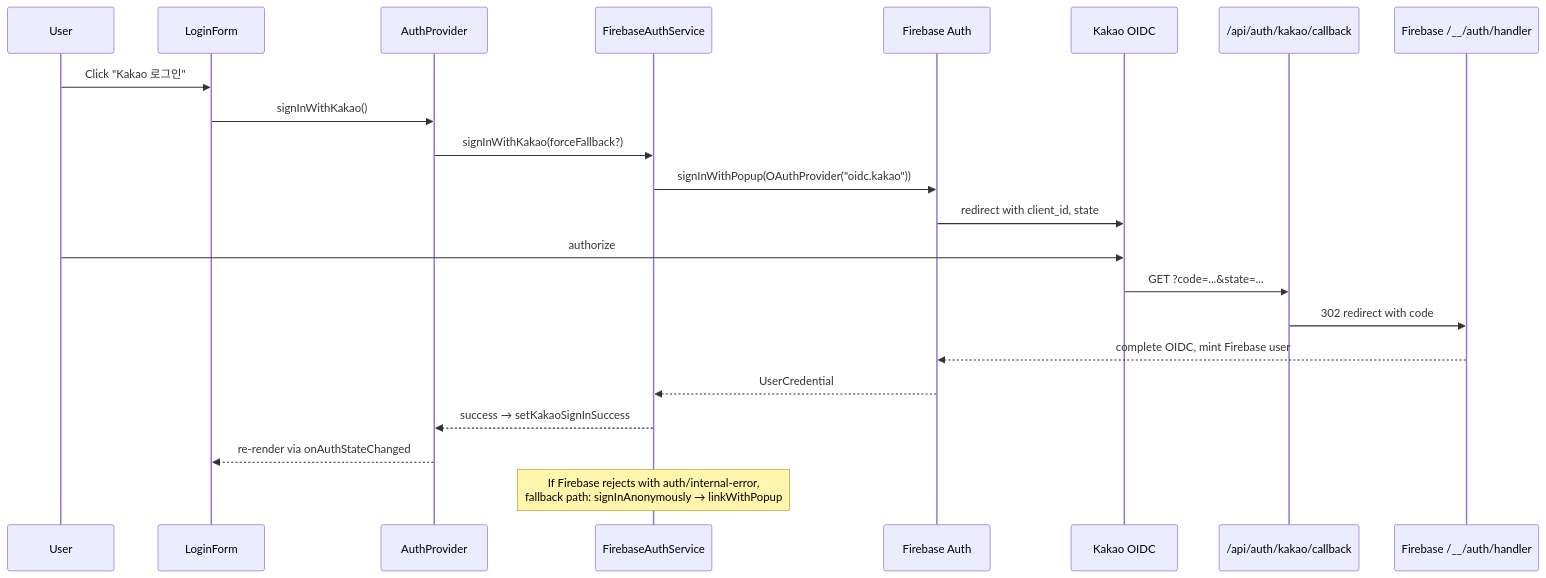
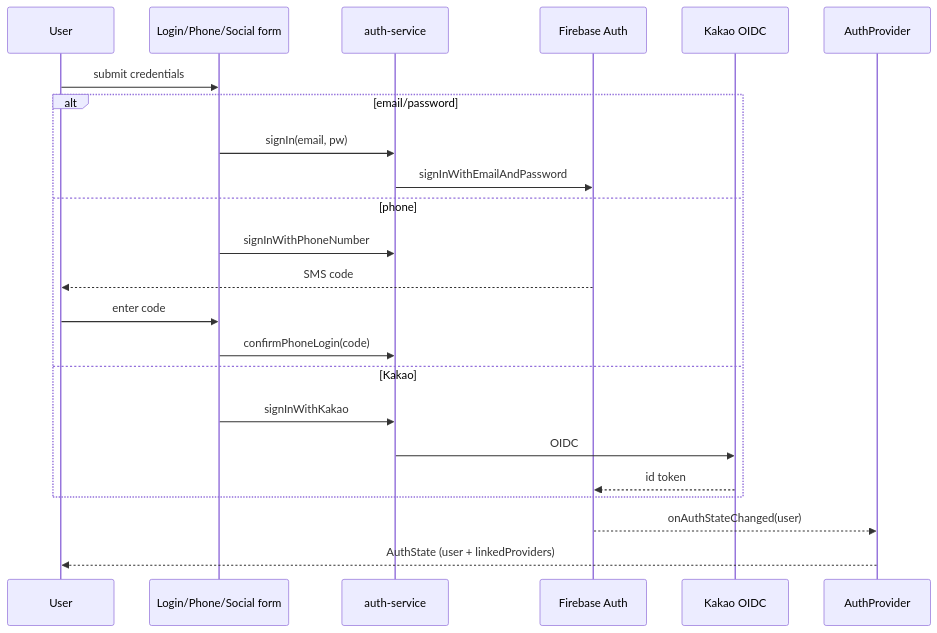
Before and after one commit to wwolfyy/mohocat: the first of 3 diagrams in docs/codebase/authentication.md, drawn with Mermaid. The commit also changed other lines of this file and 12 other files, not shown here.

````diff
--- a/docs/codebase/authentication.md
+++ b/docs/codebase/authentication.md
@@ -38,26 +35,26 @@
 ```mermaid
 sequenceDiagram
-    participant User
-    participant LoginForm
-    participant AuthCtx as AuthProvider
-    participant AuthSvc as FirebaseAuthService
-    participant FbAuth as Firebase Auth
+    participant U as User
+    participant Form as Login/Phone/Social form
+    participant Svc as auth-service
+    participant FB as Firebase Auth
     participant Kakao as Kakao OIDC
-    participant CallbackAPI as /api/auth/kakao/callback
-    participant FbHandler as Firebase /__/auth/handler
+    participant Ctx as AuthProvider
 
-    User->>LoginForm: Click "Kakao 로그인"
-    LoginForm->>AuthCtx: signInWithKakao()
-    AuthCtx->>AuthSvc: signInWithKakao(forceFallback?)
-    AuthSvc->>FbAuth: signInWithPopup(OAuthProvider("oidc.kakao"))
-    FbAuth->>Kakao: redirect with client_id, state
-    User->>Kakao: authorize
-    Kakao->>CallbackAPI: GET ?code=...&state=...
-    CallbackAPI->>FbHandler: 302 redirect with code
-    FbHandler-->>FbAuth: complete OIDC, mint Firebase user
-    FbAuth-->>AuthSvc: UserCredential
-    AuthSvc-->>AuthCtx: success → setKakaoSignInSuccess
-    AuthCtx-->>LoginForm: re-render via onAuthStateChanged
-
-    Note over AuthSvc: If Firebase rejects with auth/internal-error,<br/>fallback path: signInAnonymously → linkWithPopup
+    U->>Form: submit credentials
+    alt email/password
+        Form->>Svc: signIn(email, pw)
+        Svc->>FB: signInWithEmailAndPassword
+    else phone
+        Form->>Svc: signInWithPhoneNumber
+        FB-->>U: SMS code
+        U->>Form: enter code
+        Form->>Svc: confirmPhoneLogin(code)
+    else Kakao
+        Form->>Svc: signInWithKakao
+        Svc->>Kakao: OIDC
+        Kakao-->>FB: id token
+    end
+    FB-->>Ctx: onAuthStateChanged(user)
+    Ctx-->>U: AuthState (user + linkedProviders)
 ```
````
